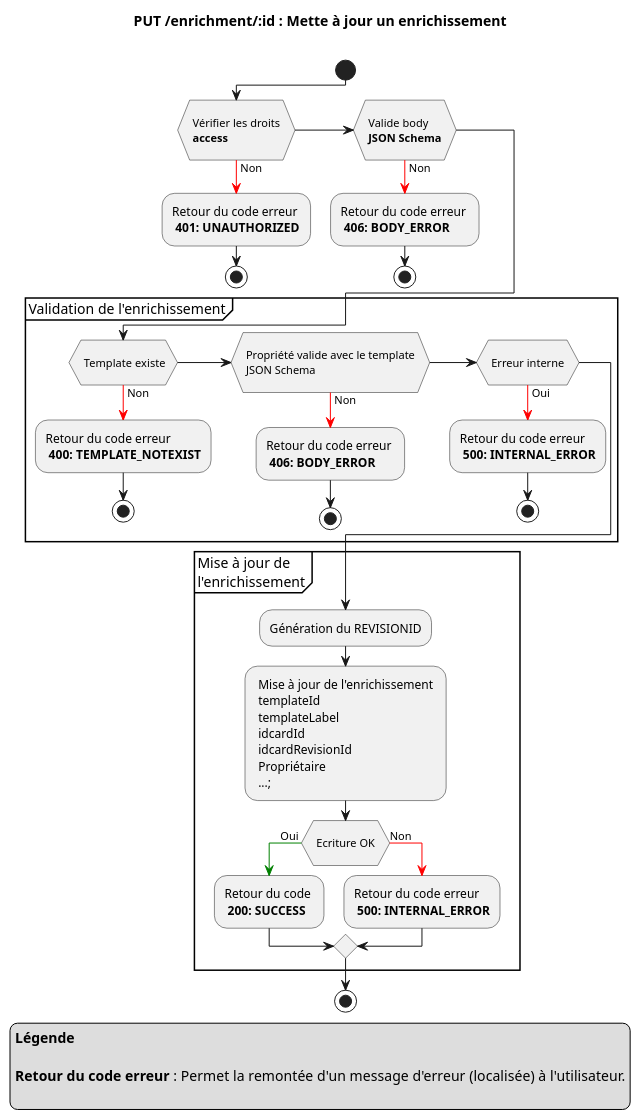
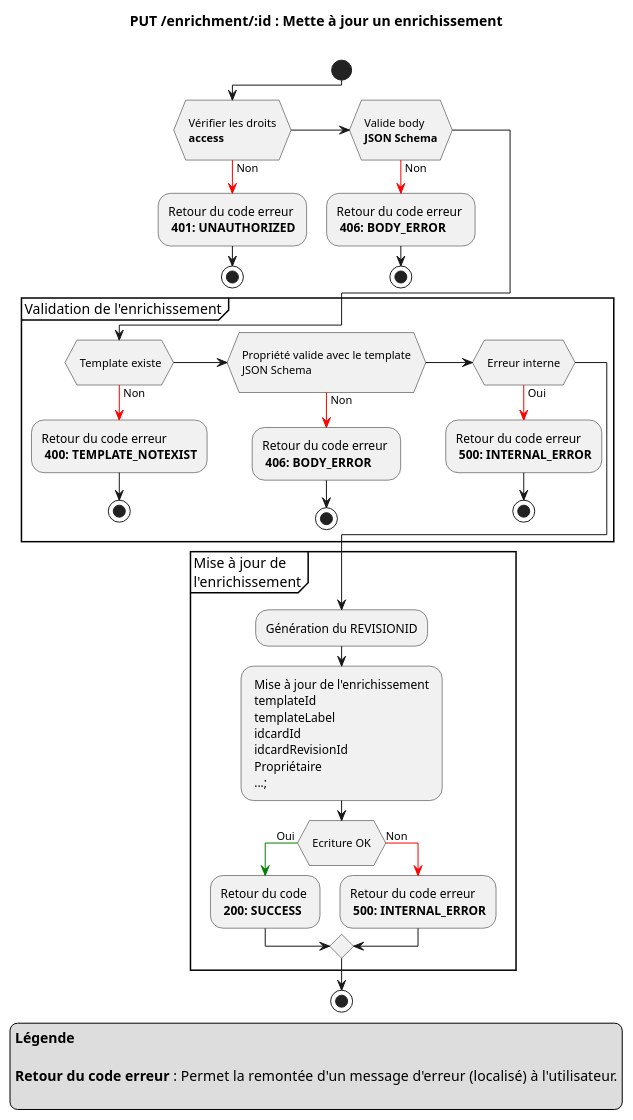
One commit to cogirep/documentation changed the diagram in 01.byd-DataFactory/1.ArchitectureDossier/images/enrichment_update.puml. Above: the diagram before and after it, drawn with PlantUML. The commit also changed 21 other files, not shown here.

```diff
--- a/01.byd-DataFactory/1.ArchitectureDossier/images/enrichment_update.puml
+++ b/01.byd-DataFactory/1.ArchitectureDossier/images/enrichment_update.puml
@@ -1,57 +1,57 @@
 @startuml
 
 title
 PUT **/enrichment/:id** : Mette à jour un enrichissement
 
 end title
 
 start
 if ( \n Vérifier les droits \n **access** \n)
 -[#red]-> Non ;
 -Retour du code erreur \n **401: UNAUTHORIZED**
 stop
 
 elseif ( \n Valide body \n **JSON Schema** \n )
 -[#red]-> Non ;
 -Retour du code erreur \n **406: BODY_ERROR**
 stop
 endif
 
 partition "Validation de l'enrichissement" {
     if ( \n Template existe\n )
     -[#red]-> Non ;
     -Retour du code erreur \n **400: TEMPLATE_NOTEXIST**
     stop
     elseif ( \n Propriété valide avec le template \n JSON Schema \n )
     -[#red]-> Non ;
     -Retour du code erreur \n **406: BODY_ERROR**
     stop
 
     elseif ( \n Erreur interne \n )
     -[#red]-> Oui ;
     -Retour du code erreur \n **500: INTERNAL_ERROR**
     stop
     endif
 }
 
 partition "Mise à jour de \nl'enrichissement" {
     -Génération du REVISIONID
     - Mise à jour de l'enrichissement \n templateId \n templateLabel \n idcardId \n idcardRevisionId \n Propriétaire \n ...;
     if ( \n Ecriture OK \n )
     -[#green]-> Oui ;
     -Retour du code \n **200: SUCCESS**
     else
     -[#red]-> Non ;
     -Retour du code erreur \n **500: INTERNAL_ERROR**
     endif
 }
 stop
 
 legend 
 **Légende**
 
-**Retour du code erreur** : Permet la remontée d'un message d'erreur (localisée) à l'utilisateur.
+**Retour du code erreur** : Permet la remontée d'un message d'erreur (localisé) à l'utilisateur.
 
 endlegend
 
 @enduml
```
